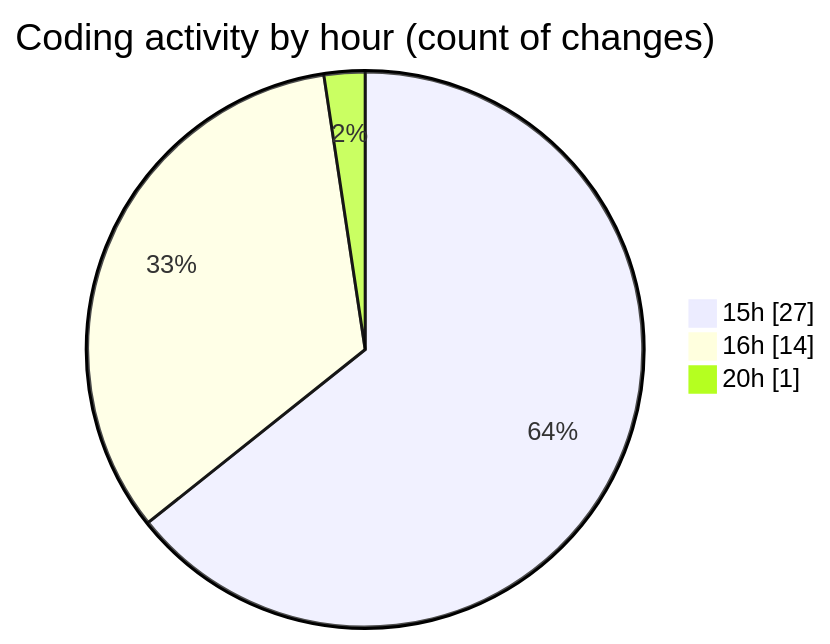
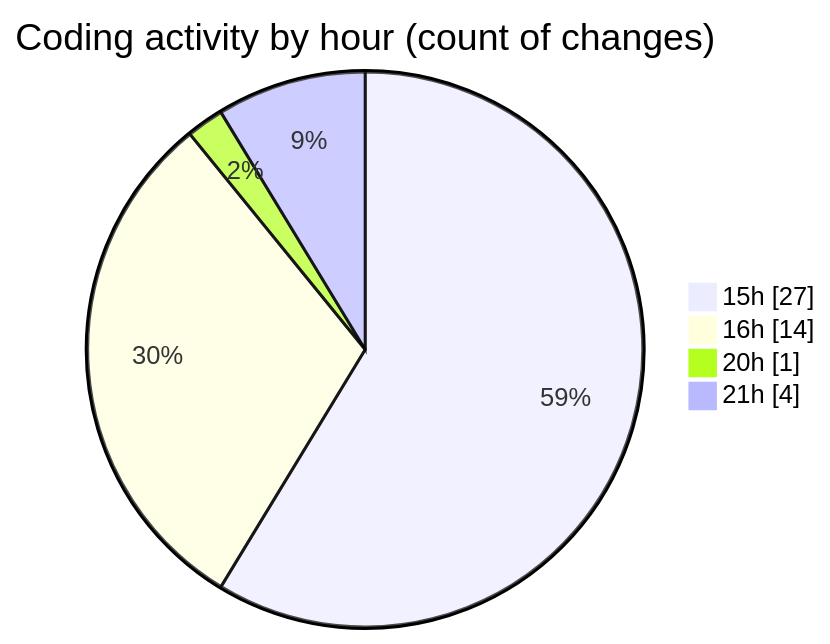
The second of 2 diagrams in 2025-06-06/sewa-mobil/README.md (idhammustaqopulfikri/code-tracking), drawn with Mermaid before and after one commit. The commit also changed other lines of this file and 1 other file, not shown here.

````diff
--- a/2025-06-06/sewa-mobil/README.md
+++ b/2025-06-06/sewa-mobil/README.md
@@ -42,7 +43,8 @@
 ```mermaid
 pie showData
 title Coding activity by hour (count of changes)
 "15h" : 27
 "16h" : 14
 "20h" : 1
+"21h" : 4
 ```
````
